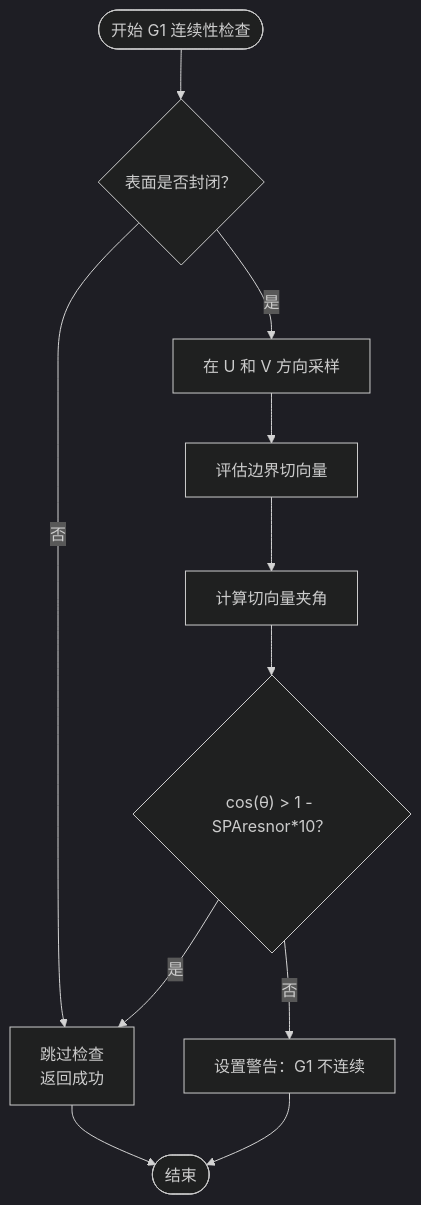
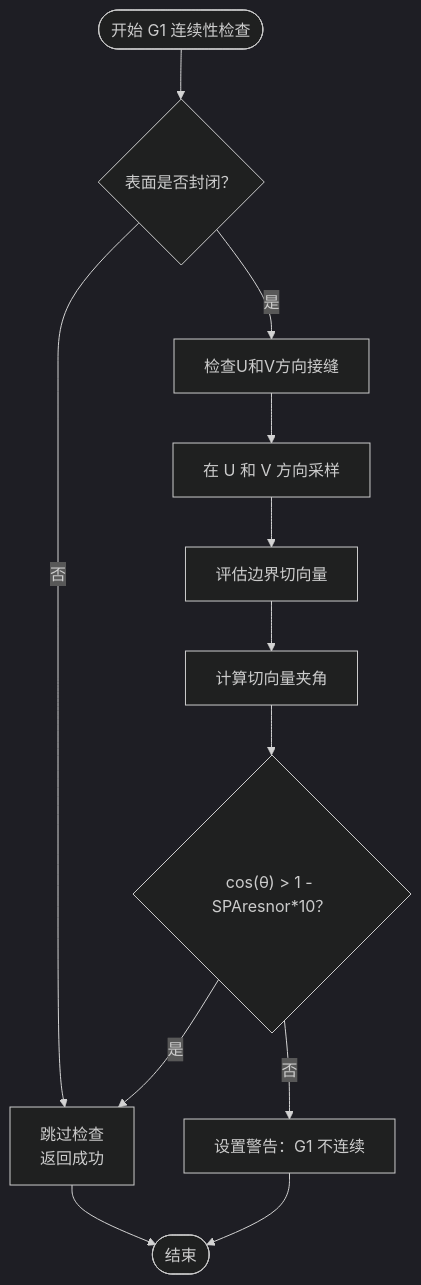
One commit to zzm5265676/Interface changed the sixth of 12 diagrams in .qoder/repowiki/zh/content/SURFACE 检查模块/SURFACE 检查算法原理.md. Above: the diagram before and after it, drawn with Mermaid (dark theme). The commit also changed other lines of this file and 11 other files, not shown here.

````diff
--- a/.qoder/repowiki/zh/content/SURFACE 检查模块/SURFACE 检查算法原理.md
+++ b/.qoder/repowiki/zh/content/SURFACE 检查模块/SURFACE 检查算法原理.md
@@ -291,13 +309,14 @@
 ```mermaid
 flowchart TD
 Start([开始 G1 连续性检查]) --> CheckClosed{"表面是否封闭？"}
 CheckClosed --> |否| Success["跳过检查<br/>返回成功"]
-CheckClosed --> |是| SamplePoints["在 U 和 V 方向采样"]
+CheckClosed --> |是| CheckSeams["检查U和V方向接缝"]
+CheckSeams --> SamplePoints["在 U 和 V 方向采样"]
 SamplePoints --> EvalDerivs["评估边界切向量"]
 EvalDerivs --> CheckAngle["计算切向量夹角"]
 CheckAngle --> AngleValid{"cos(θ) > 1 - SPAresnor*10？"}
 AngleValid --> |是| Success
 AngleValid --> |否| SetWarning["设置警告：G1 不连续"]
 Success --> End([结束])
 SetWarning --> End
 ```
````
